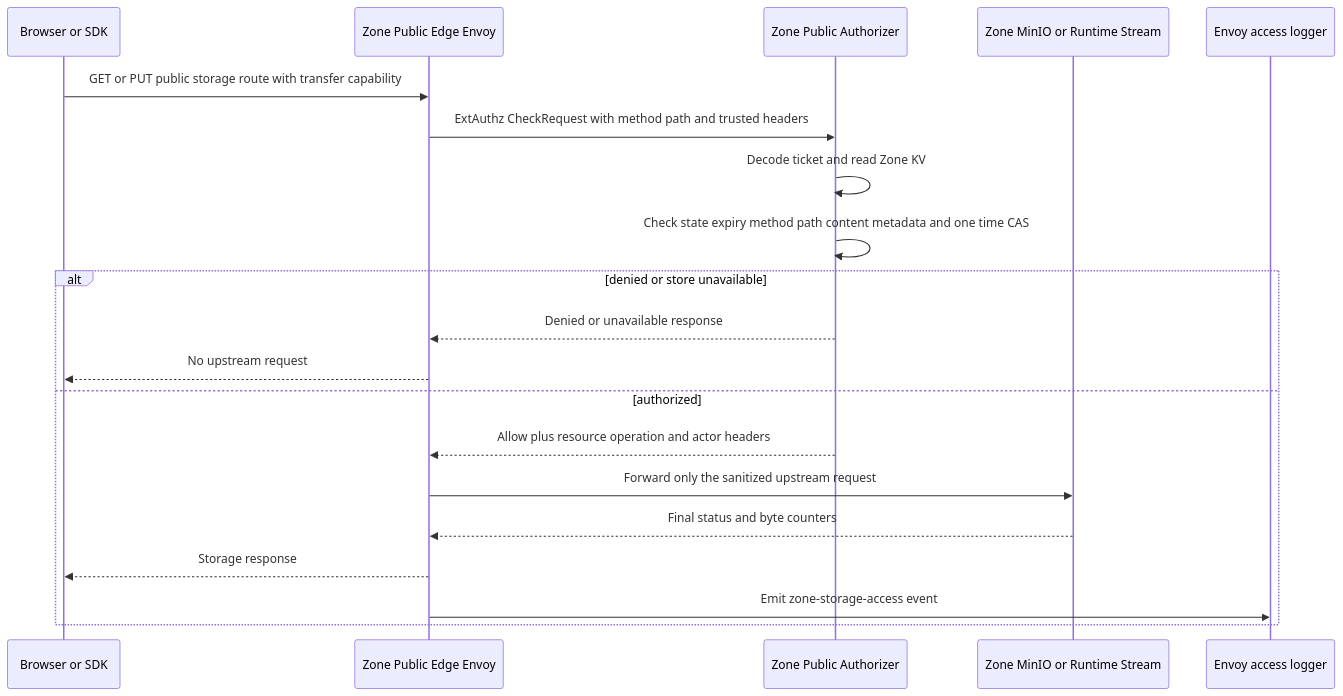
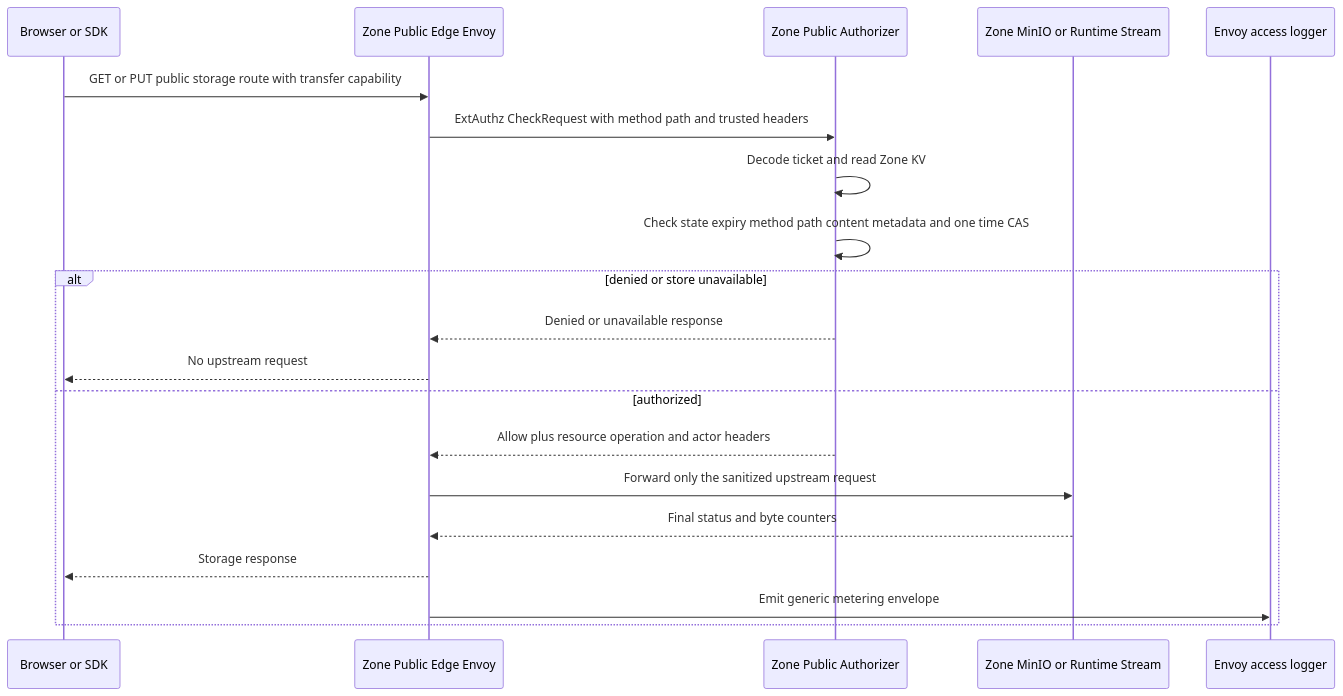
One commit to phucle996/aurora changed the first of 3 diagrams in god_view/storage/storage_usage_report_publish_god_view_workflow.md. Above: the diagram before and after it, drawn with Mermaid. The commit also changed other lines of this file and 9 other files, not shown here.

Commit message:
refactor: standardize metering event envelope

````diff
--- a/god_view/storage/storage_usage_report_publish_god_view_workflow.md
+++ b/god_view/storage/storage_usage_report_publish_god_view_workflow.md
@@ -39,23 +40,23 @@
 ```mermaid
 sequenceDiagram
     participant C as Browser or SDK
     participant E as Zone Public Edge Envoy
     participant A as Zone Public Authorizer
     participant M as Zone MinIO or Runtime Stream
     participant L as Envoy access logger
 
     C->>E: GET or PUT public storage route with transfer capability
     E->>A: ExtAuthz CheckRequest with method path and trusted headers
     A->>A: Decode ticket and read Zone KV
     A->>A: Check state expiry method path content metadata and one time CAS
     alt denied or store unavailable
         A-->>E: Denied or unavailable response
         E-->>C: No upstream request
     else authorized
         A-->>E: Allow plus resource operation and actor headers
         E->>M: Forward only the sanitized upstream request
         M-->>E: Final status and byte counters
         E-->>C: Storage response
-        E->>L: Emit zone-storage-access event
+        E->>L: Emit generic metering envelope
     end
 ```
````
